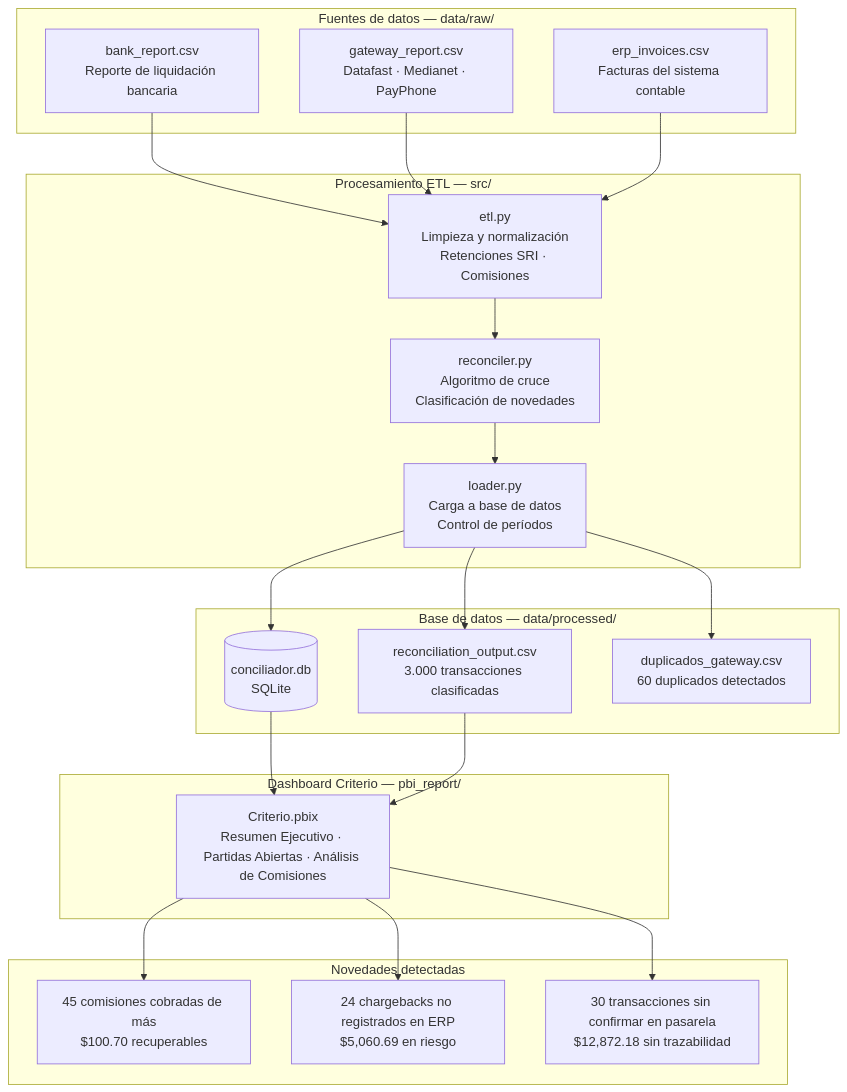
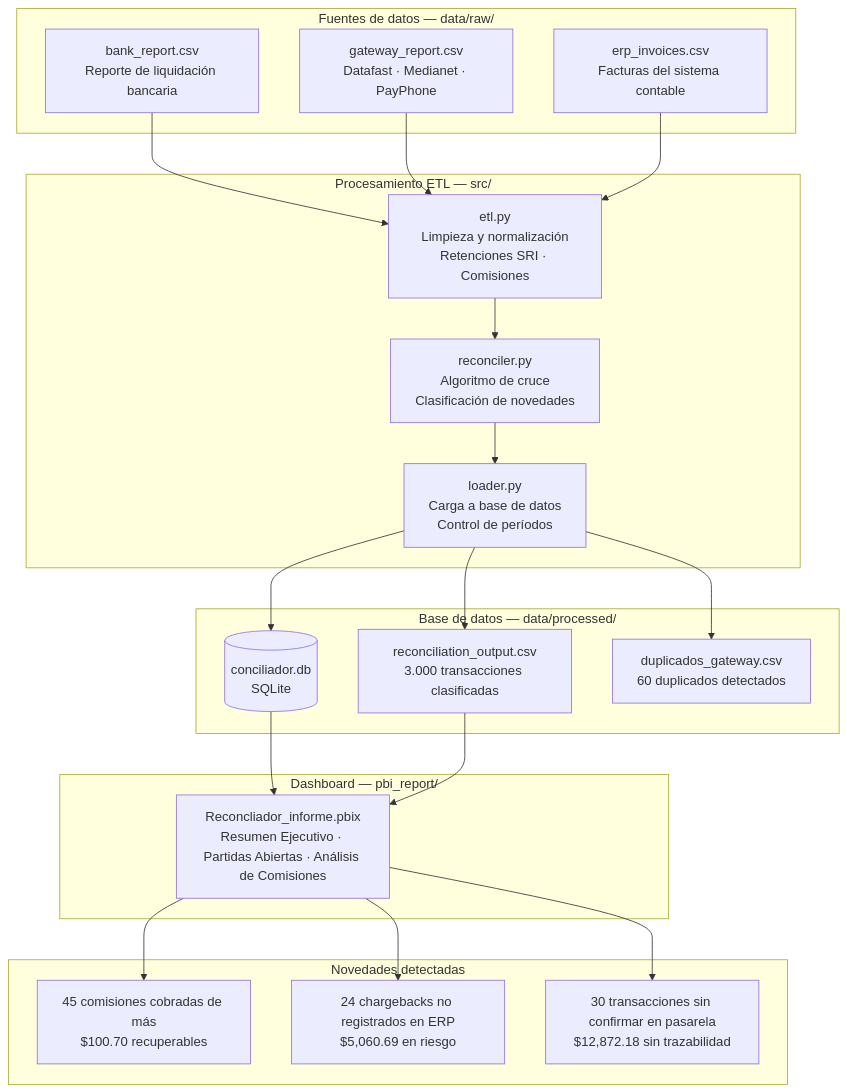
One commit to Fabricio-BI/Payment-Reconcilier changed the diagram in Readme.md. Above: the diagram before and after it, drawn with Mermaid. The commit also changed other lines of this file, not shown here.

Commit message:
Actualziacion print de ´pbi

````diff
--- a/Readme.md
+++ b/Readme.md
@@ -34,44 +34,44 @@
 ```mermaid
 flowchart TD
     subgraph FUENTES["Fuentes de datos — data/raw/"]
         A["bank_report.csv\nReporte de liquidación bancaria"]
         B["gateway_report.csv\nDatafast · Medianet · PayPhone"]
         C["erp_invoices.csv\nFacturas del sistema contable"]
     end
 
     subgraph ETL["Procesamiento ETL — src/"]
         D["etl.py\nLimpieza y normalización\nRetenciones SRI · Comisiones"]
         E["reconciler.py\nAlgoritmo de cruce\nClasificación de novedades"]
         F["loader.py\nCarga a base de datos\nControl de períodos"]
     end
 
     subgraph DB["Base de datos — data/processed/"]
         G[("conciliador.db\nSQLite")]
         H["reconciliation_output.csv\n3.000 transacciones clasificadas"]
         I["duplicados_gateway.csv\n60 duplicados detectados"]
     end
 
-    subgraph DASHBOARD["Dashboard Criterio — pbi_report/"]
-        J["Criterio.pbix\nResumen Ejecutivo · Partidas Abiertas · Análisis de Comisiones"]
+    subgraph DASHBOARD["Dashboard  — pbi_report/"]
+        J["Reconcliador_informe.pbix\nResumen Ejecutivo · Partidas Abiertas · Análisis de Comisiones"]
     end
 
     subgraph RESULTADO["Novedades detectadas"]
         K["45 comisiones cobradas de más\n$100.70 recuperables"]
         L["24 chargebacks no registrados en ERP\n$5,060.69 en riesgo"]
         M["30 transacciones sin confirmar en pasarela\n$12,872.18 sin trazabilidad"]
     end
 
     A --> D
     B --> D
     C --> D
     D --> E
     E --> F
     F --> G
     F --> H
     F --> I
     G --> J
     H --> J
     J --> K
     J --> L
     J --> M
 ```
````
